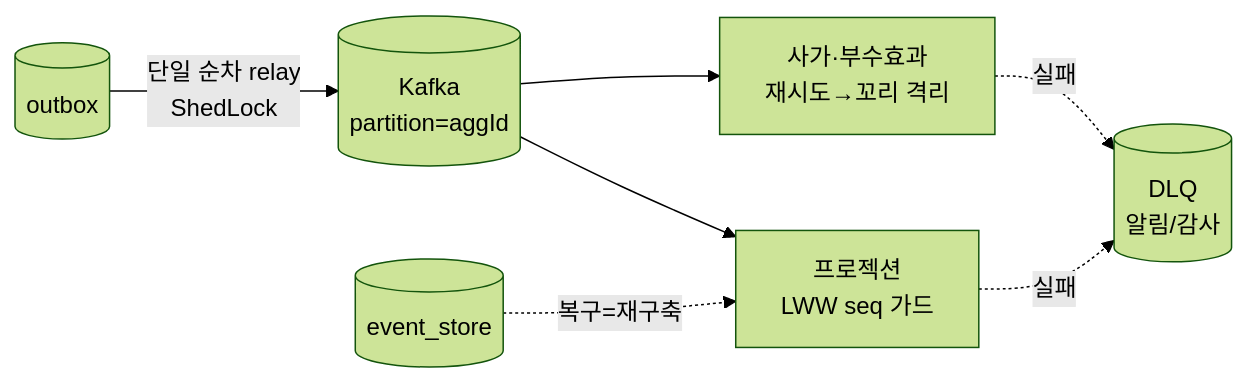
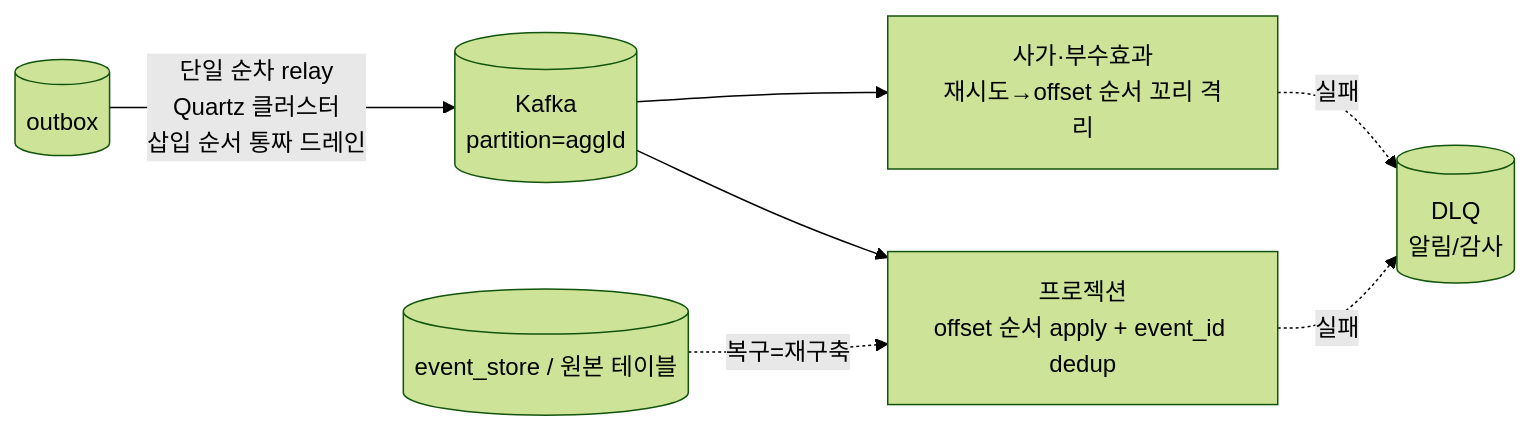
Before and after one commit to newkayak12/prototype-reservation-system: the second of 2 diagrams in docs/v2/rfc/RFC-025-ordering-relay-dlq-reconciliation.md, drawn with Mermaid (forest theme). The commit also changed other lines of this file and 52 other files, not shown here.

````diff
--- a/docs/v2/rfc/RFC-025-ordering-relay-dlq-reconciliation.md
+++ b/docs/v2/rfc/RFC-025-ordering-relay-dlq-reconciliation.md
@@ -132,9 +143,9 @@
 ```mermaid
 graph LR
-    OBX[("outbox")] -->|단일 순차 relay<br/>ShedLock| K[("Kafka<br/>partition=aggId")]
-    K --> PJ["프로젝션<br/>LWW seq 가드"]
-    K --> SG["사가·부수효과<br/>재시도→꼬리 격리"]
+    OBX[("outbox")] -->|단일 순차 relay<br/>Quartz 클러스터<br/>삽입 순서 통짜 드레인| K[("Kafka<br/>partition=aggId")]
+    K --> PJ["프로젝션<br/>offset 순서 apply + event_id dedup"]
+    K --> SG["사가·부수효과<br/>재시도→offset 순서 꼬리 격리"]
     PJ -. 실패 .-> DLQ[("DLQ<br/>알림/감사")]
     SG -. 실패 .-> DLQ
-    ES[("event_store")] -.복구=재구축.-> PJ
+    ES[("event_store / 원본 테이블")] -.복구=재구축.-> PJ
 ```
````
